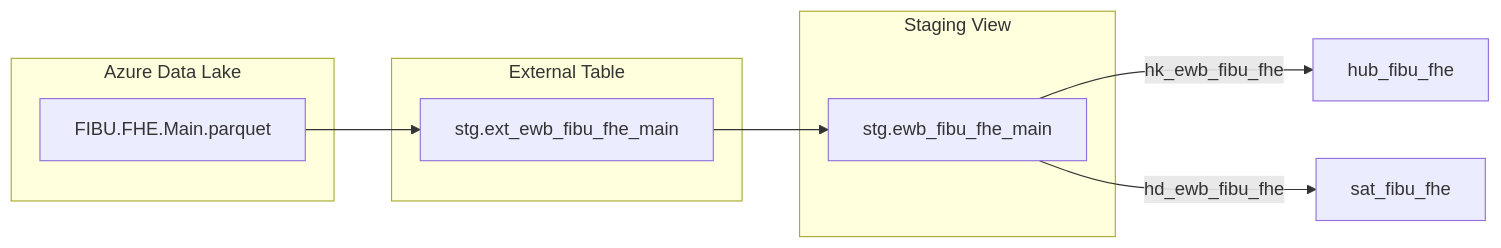
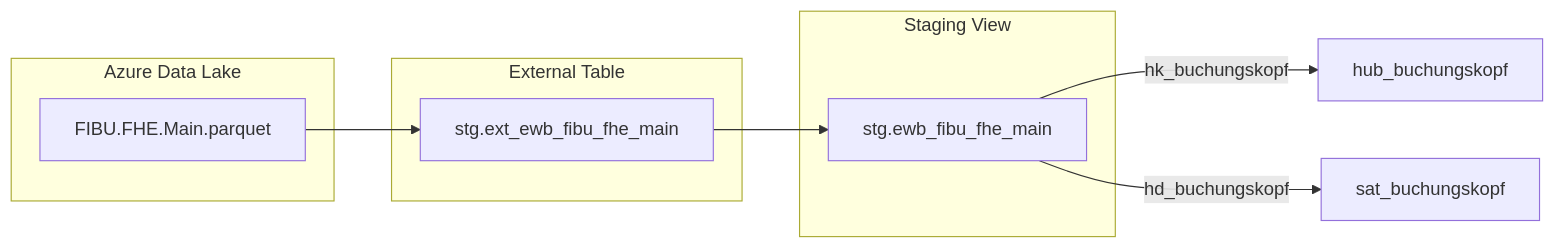
The first of 3 diagrams in .github/skills/design-documentation/SKILL.md (fellnerd/datavault-dbt), drawn with Mermaid before and after one commit. The commit also changed other lines of this file and 13 other files, not shown here.

````diff
--- a/.github/skills/design-documentation/SKILL.md
+++ b/.github/skills/design-documentation/SKILL.md
@@ -47,15 +47,15 @@
 ```mermaid
 flowchart LR
     subgraph ADLS["Azure Data Lake"]
         P["FIBU.FHE.Main.parquet"]
     end
     subgraph EXT["External Table"]
         E["stg.ext_ewb_fibu_fhe_main"]
     end
     subgraph STG["Staging View"]
         S["stg.ewb_fibu_fhe_main"]
     end
     P --> E --> S
-    S -->|"hk_ewb_fibu_fhe"| HUB["hub_fibu_fhe"]
-    S -->|"hd_ewb_fibu_fhe"| SAT["sat_fibu_fhe"]
+    S -->|"hk_buchungskopf"| HUB["hub_buchungskopf"]
+    S -->|"hd_buchungskopf"| SAT["sat_buchungskopf"]
 ```
````
